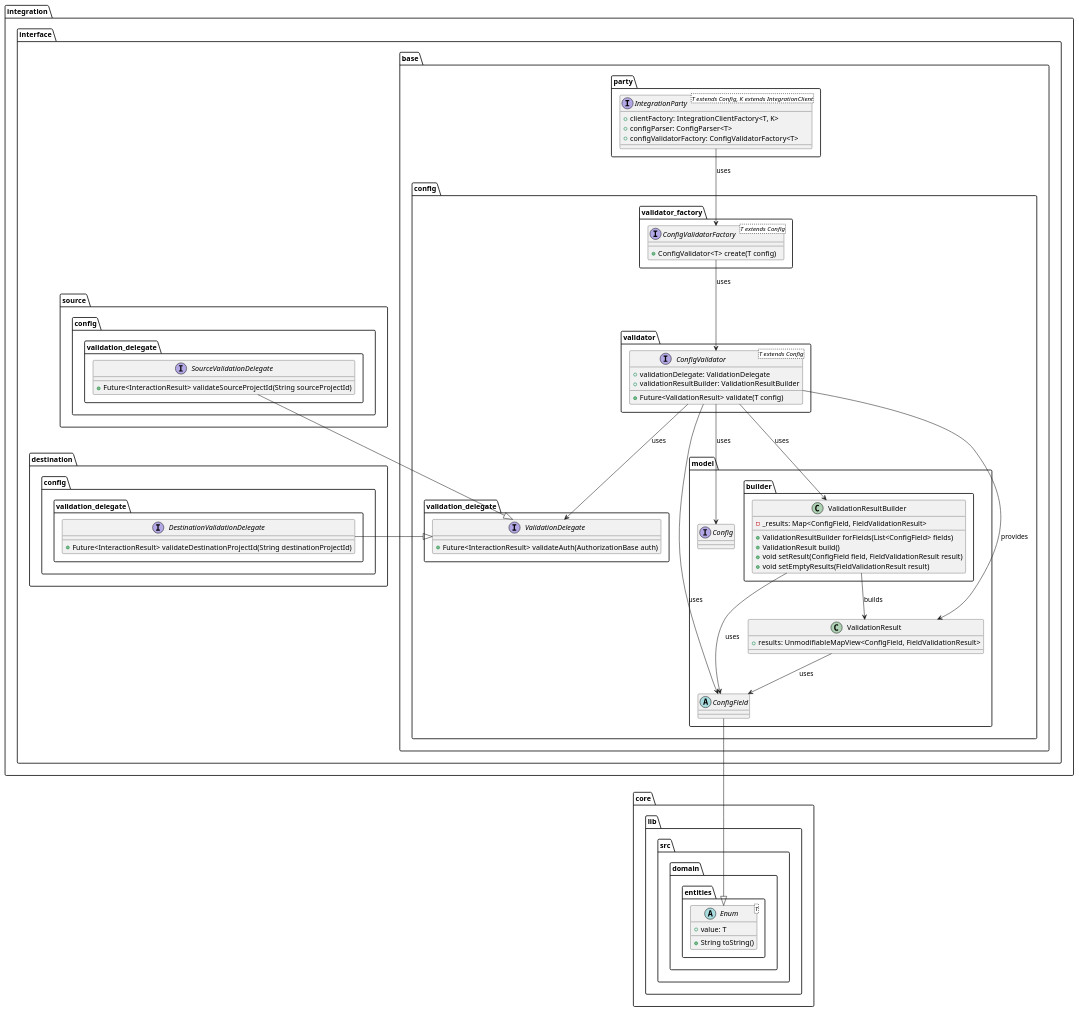
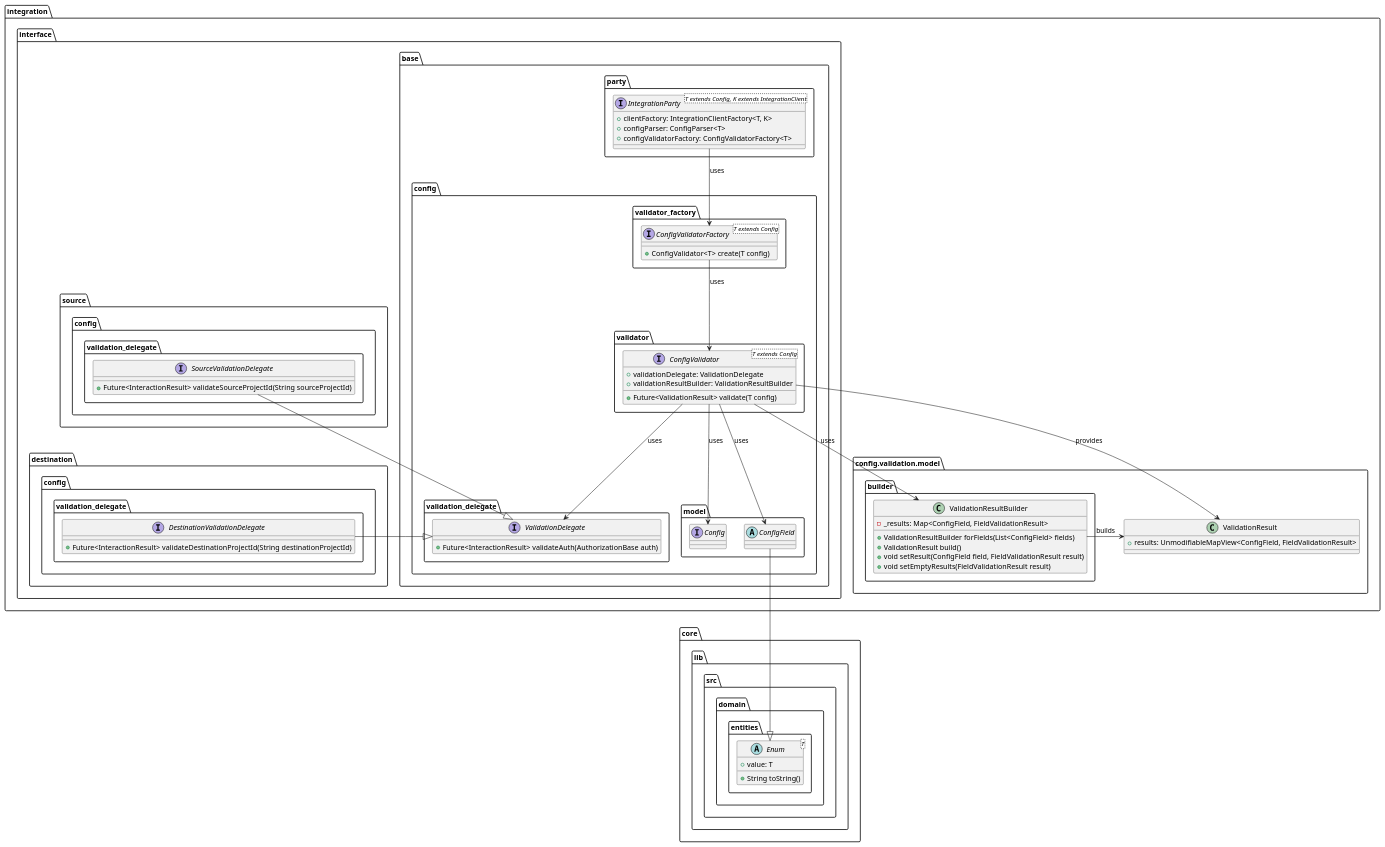
The diagram in metrics/ci_integrations/docs/diagrams/ci_integrations_config_validator_interfaces_class_diagram.puml (Flank/flank-dashboard), drawn with PlantUML before and after one commit. The commit also changed 2 other files, not shown here.

```diff
--- a/metrics/ci_integrations/docs/diagrams/ci_integrations_config_validator_interfaces_class_diagram.puml
+++ b/metrics/ci_integrations/docs/diagrams/ci_integrations_config_validator_interfaces_class_diagram.puml
@@ -1,103 +1,103 @@
 @startuml ci_integrations_config_validator_class_diagram
     package core.lib.src.domain.entities {
         abstract class Enum<T> {
             + value: T
 
             + String toString()
         }
     }
 
-    package integration.interface {
-        package base {
-            package party {
-                interface IntegrationParty<T extends Config, K extends IntegrationClient> {
-                    + clientFactory: IntegrationClientFactory<T, K>
-                    + configParser: ConfigParser<T>
-                    + configValidatorFactory: ConfigValidatorFactory<T>
+    package integration {
+        package interface {
+            package base {
+                package party {
+                    interface IntegrationParty<T extends Config, K extends IntegrationClient> {
+                        + clientFactory: IntegrationClientFactory<T, K>
+                        + configParser: ConfigParser<T>
+                        + configValidatorFactory: ConfigValidatorFactory<T>
+                    }
+                }
+
+                package config {
+                    package model {
+                        interface Config {}
+
+                        abstract class ConfigField {}
+                    }
+
+                    package validator {
+                        interface ConfigValidator<T extends Config> {
+                            + validationDelegate: ValidationDelegate
+                            + validationResultBuilder: ValidationResultBuilder
+
+                            + Future<ValidationResult> validate(T config)
+                        }
+                    }
+
+                    package validation_delegate as base_validation_delegate {
+                        interface ValidationDelegate {
+                            + Future<InteractionResult> validateAuth(AuthorizationBase auth)
+                        }
+                    }
+
+                    package validator_factory {
+                        interface ConfigValidatorFactory<T extends Config> {
+                            + ConfigValidator<T> create(T config)
+                        }
+                    }
+                }
+            }
+            
+            package source.config {
+                package validation_delegate as source_validation_delegate {
+                    interface SourceValidationDelegate {
+                        + Future<InteractionResult> validateSourceProjectId(String sourceProjectId)
+                    }
                 }
             }
 
-            package config {
-                package model {
-                    interface Config {}
-
-                    abstract class ConfigField {}
-
-                    package builder {
-                        class ValidationResultBuilder {
-                            - _results: Map<ConfigField, FieldValidationResult>
-                            
-                            + ValidationResultBuilder forFields(List<ConfigField> fields)
-                            + ValidationResult build()
-                            + void setResult(ConfigField field, FieldValidationResult result)
-                            + void setEmptyResults(FieldValidationResult result)
-                        }
-                    }
-
-                    class ValidationResult {
-                        + results: UnmodifiableMapView<ConfigField, FieldValidationResult>
-                    }
-                }
-
-                package validator {
-                    interface ConfigValidator<T extends Config> {
-                        + validationDelegate: ValidationDelegate
-                        + validationResultBuilder: ValidationResultBuilder
-
-                        + Future<ValidationResult> validate(T config)
-                    }
-                }
-
-                package validation_delegate as base_validation_delegate {
-                    interface ValidationDelegate {
-                        + Future<InteractionResult> validateAuth(AuthorizationBase auth)
-                    }
-                }
-
-                package validator_factory {
-                    interface ConfigValidatorFactory<T extends Config> {
-                        + ConfigValidator<T> create(T config)
+            package destination.config {
+                package validation_delegate as destination_validation_delegate {
+                    interface DestinationValidationDelegate {
+                        + Future<InteractionResult> validateDestinationProjectId(String destinationProjectId)
                     }
                 }
             }
         }
-        
-        package source.config {
-            package validation_delegate as source_validation_delegate {
-                interface SourceValidationDelegate {
-                    + Future<InteractionResult> validateSourceProjectId(String sourceProjectId)
+
+        package config.validation.model as config_validation_model {
+            package builder {
+                class ValidationResultBuilder {
+                    - _results: Map<ConfigField, FieldValidationResult>
+                    
+                    + ValidationResultBuilder forFields(List<ConfigField> fields)
+                    + ValidationResult build()
+                    + void setResult(ConfigField field, FieldValidationResult result)
+                    + void setEmptyResults(FieldValidationResult result)
                 }
             }
-        }
 
-        package destination.config {
-            package validation_delegate as destination_validation_delegate {
-                interface DestinationValidationDelegate {
-                    + Future<InteractionResult> validateDestinationProjectId(String destinationProjectId)
-                }
+            class ValidationResult {
+                + results: UnmodifiableMapView<ConfigField, FieldValidationResult>
             }
         }
     }
-
-
 
     IntegrationParty --> ConfigValidatorFactory : uses
 
     ConfigValidatorFactory --> ConfigValidator : uses
 
     ConfigValidator --> ValidationDelegate : uses
     ConfigValidator --> ValidationResult : provides
     ConfigValidator --> ValidationResultBuilder : uses
     ConfigValidator --> Config : uses
     ConfigValidator --> ConfigField : uses
 
     ConfigField --|> Enum
 
-    ValidationResultBuilder --> ValidationResult : builds
-    ValidationResultBuilder --> ConfigField : uses
-
-    ValidationResult --> ConfigField : uses
+    ValidationResultBuilder -right-> ValidationResult : builds
 
     SourceValidationDelegate --|> ValidationDelegate
     DestinationValidationDelegate -right-|> ValidationDelegate
+
 @enduml
```
